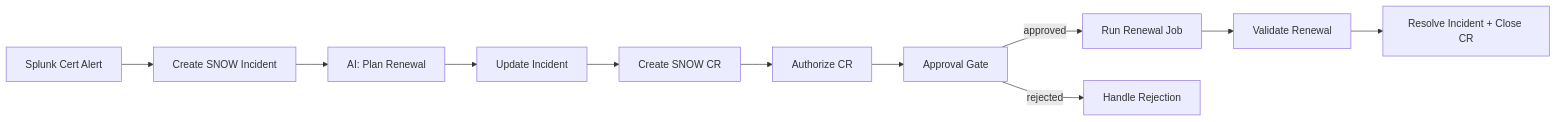
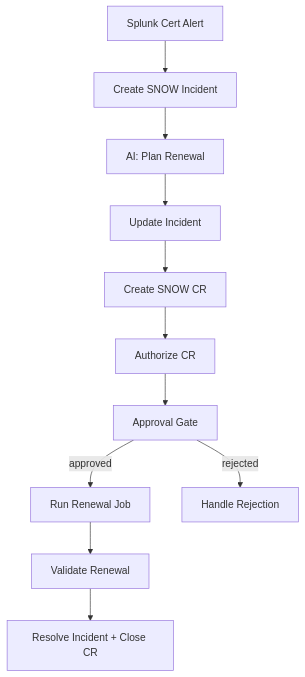
One commit to crenwick93/ao-cert-rotation changed the diagram in README.md. Above: the diagram before and after it, drawn with Mermaid.

Commit message:
Flip workflow diagram to top-down layout

````diff
--- a/README.md
+++ b/README.md
@@ -20,13 +20,13 @@
 ```mermaid
-flowchart LR
+flowchart TD
   A[Splunk Cert Alert] --> B[Create SNOW Incident]
   B --> C[AI: Plan Renewal]
   C --> D[Update Incident]
   D --> E[Create SNOW CR]
   E --> F[Authorize CR]
   F --> G[Approval Gate]
   G -->|approved| H[Run Renewal Job]
   G -->|rejected| I[Handle Rejection]
   H --> J[Validate Renewal]
   J --> K[Resolve Incident + Close CR]
 ```
````
